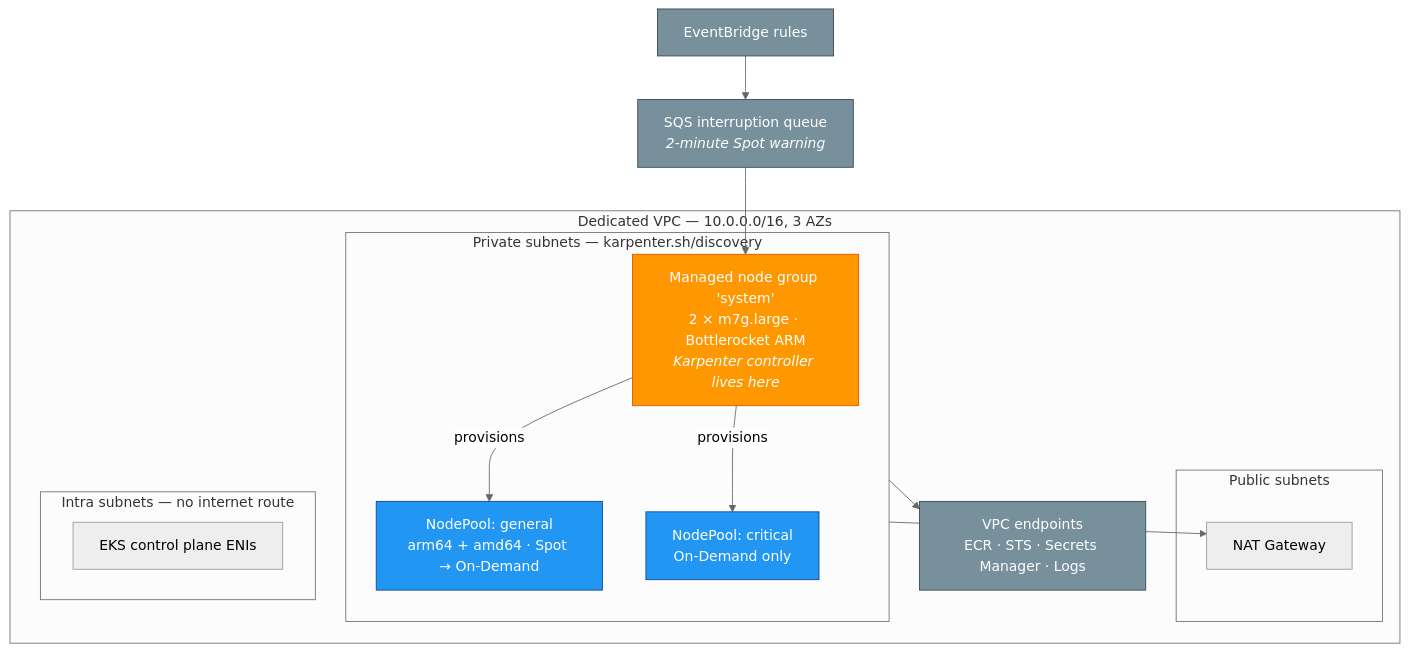
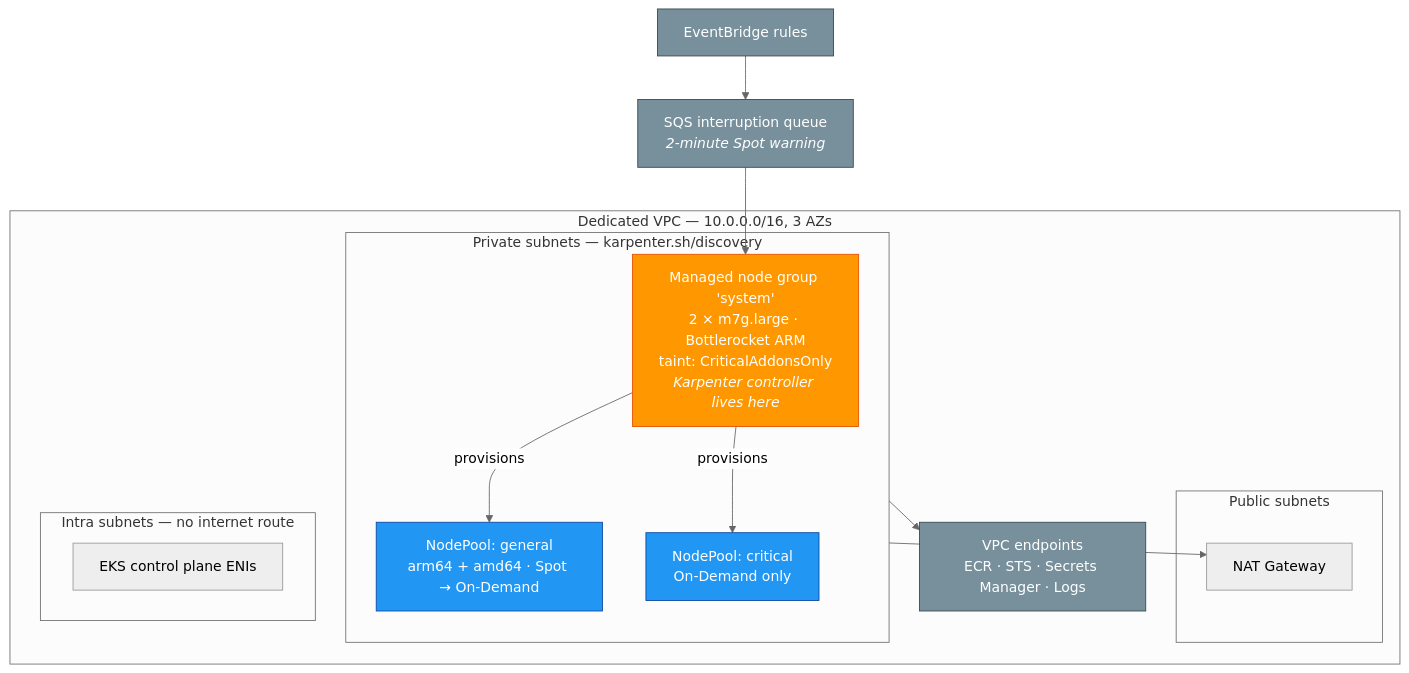
Before and after one commit to adianny/eks-karpenter-graviton-spot: the diagram in terraform/README.md, drawn with Mermaid (neutral theme). The commit also changed other lines of this file, not shown here.

````diff
--- a/terraform/README.md
+++ b/terraform/README.md
@@ -16,32 +16,32 @@
 ```mermaid
 graph TB
     subgraph vpc["Dedicated VPC — 10.0.0.0/16, 3 AZs"]
         subgraph pub["Public subnets"]
             NAT["NAT Gateway"]
         end
         subgraph priv["Private subnets — karpenter.sh/discovery"]
-            SYS["Managed node group 'system'<br/>2 × m7g.large · Bottlerocket ARM<br/><i>Karpenter controller lives here</i>"]
+            SYS["Managed node group 'system'<br/>2 × m7g.large · Bottlerocket ARM<br/>taint: CriticalAddonsOnly<br/><i>Karpenter controller lives here</i>"]
             GEN["NodePool: general<br/>arm64 + amd64 · Spot → On-Demand"]
             CRIT["NodePool: critical<br/>On-Demand only"]
         end
         subgraph intra["Intra subnets — no internet route"]
             CP["EKS control plane ENIs"]
         end
         VPCE["VPC endpoints<br/>ECR · STS · Secrets Manager · Logs"]
     end
 
     SQS["SQS interruption queue<br/><i>2-minute Spot warning</i>"]
     EB["EventBridge rules"]
 
     EB --> SQS --> SYS
     SYS -->|provisions| GEN & CRIT
     priv --> VPCE
     priv --> NAT
 
     classDef sys fill:#ff9800,stroke:#e65100,color:#fff
     classDef dyn fill:#2196f3,stroke:#0d47a1,color:#fff
     classDef aux fill:#78909c,stroke:#37474f,color:#fff
     class SYS sys
     class GEN,CRIT dyn
     class SQS,EB,VPCE aux
 ```
````
